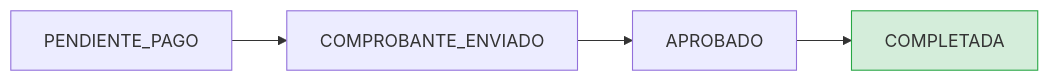
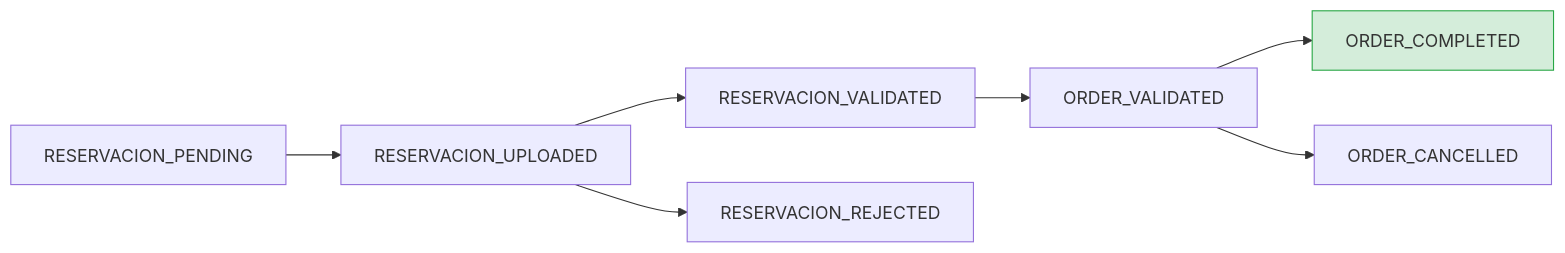
One commit to alexanderCanon/neversion changed the second of 2 diagrams in docs/domain/business-rules.md. Above: the diagram before and after it, drawn with Mermaid. The commit also changed other lines of this file and 14 other files, not shown here.

````diff
--- a/docs/domain/business-rules.md
+++ b/docs/domain/business-rules.md
@@ -96,8 +99,11 @@
 ```mermaid
 graph LR
-    P[PENDIENTE_PAGO] --> CE[COMPROBANTE_ENVIADO]
-    CE --> A[APROBADO]
-    A --> C[COMPLETADA]
+    R[RESERVACION_PENDING] --> U[RESERVACION_UPLOADED]
+    U --> V[RESERVACION_VALIDATED]
+    U --> RJ[RESERVACION_REJECTED]
+    V --> O[ORDER_VALIDATED]
+    O --> C[ORDER_COMPLETED]
+    O --> X[ORDER_CANCELLED]
     
     style C fill:#d4edda,stroke:#28a745
 ```
````
